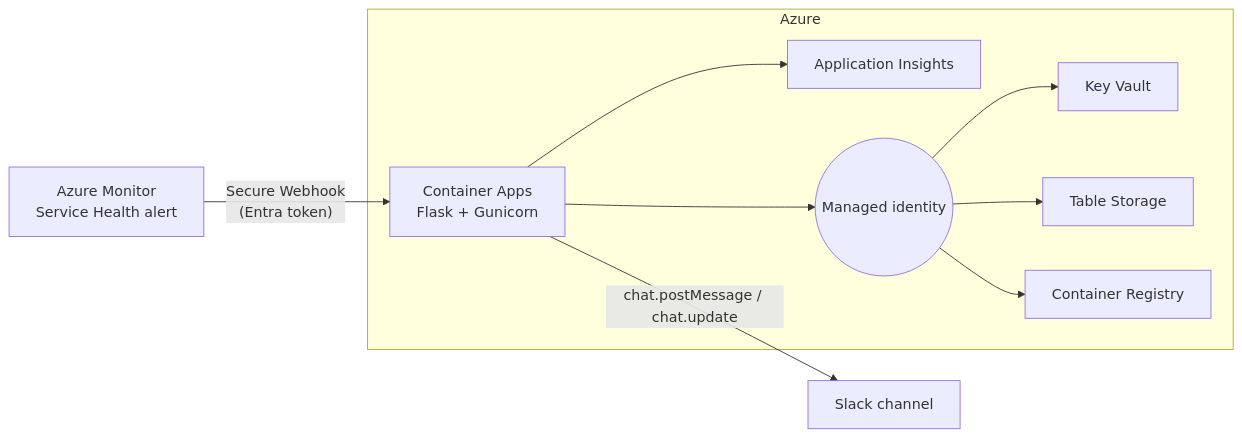
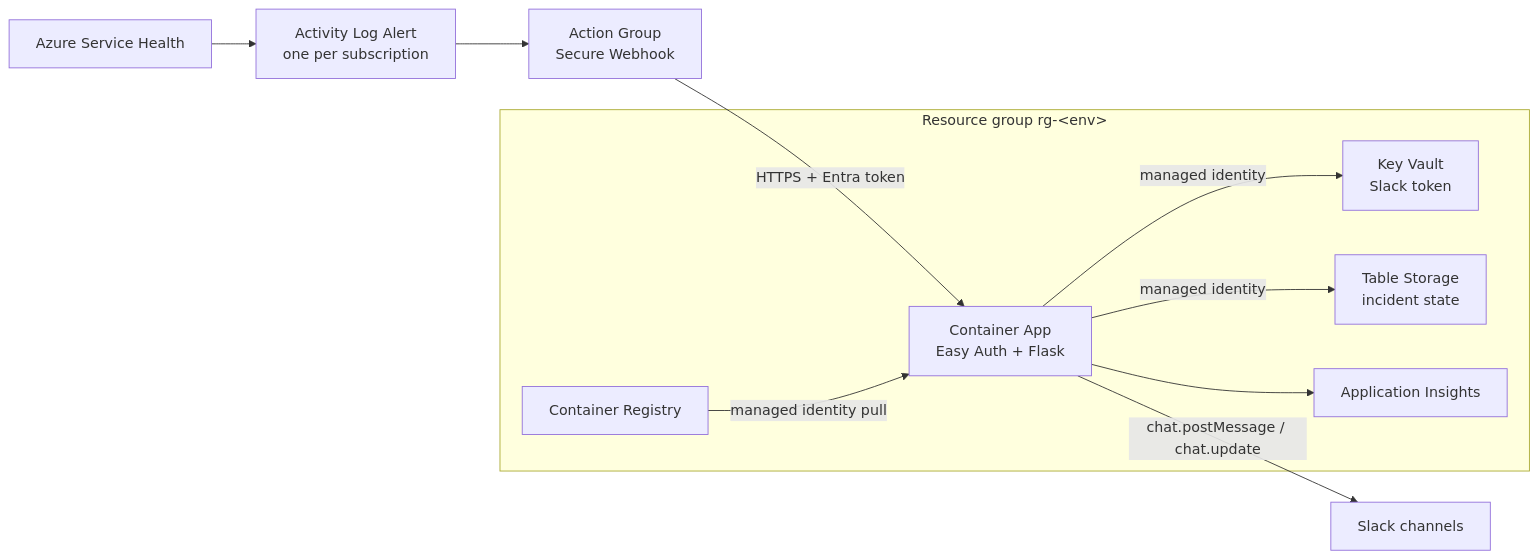
One commit to ricmmartins/azure-support-slack-bot changed the diagram in docs/blog-post.md. Above: the diagram before and after it, drawn with Mermaid. The commit also changed other lines of this file and 2 other files, not shown here.

First line of the commit message:
Rewrite README and blog post as step-by-step deployment guides

````diff
--- a/docs/blog-post.md
+++ b/docs/blog-post.md
@@ -33,18 +51,18 @@
 ```mermaid
 flowchart LR
-    AM[Azure Monitor<br/>Service Health alert] -- "Secure Webhook<br/>(Entra token)" --> ACA
-    subgraph Azure
-        ACA[Container Apps<br/>Flask + Gunicorn]
-        KV[Key Vault]
-        TS[Table Storage]
+    SH[Azure Service Health] --> ALA[Activity Log Alert<br/>one per subscription]
+    ALA --> AG[Action Group<br/>Secure Webhook]
+    AG -- "HTTPS + Entra token" --> ACA
+    subgraph rg["Resource group rg-&lt;env&gt;"]
+        ACA[Container App<br/>Easy Auth + Flask]
+        KV[Key Vault<br/>Slack token]
+        TS[Table Storage<br/>incident state]
         AI[Application Insights]
         ACR[Container Registry]
-        MI((Managed identity))
     end
-    ACA --> MI
-    MI --> KV
-    MI --> TS
-    MI --> ACR
+    ACA -- managed identity --> KV
+    ACA -- managed identity --> TS
     ACA --> AI
-    ACA -- "chat.postMessage / chat.update" --> Slack[Slack channel]
+    ACR -- managed identity pull --> ACA
+    ACA -- "chat.postMessage / chat.update" --> SL[Slack channels]
 ```
````
